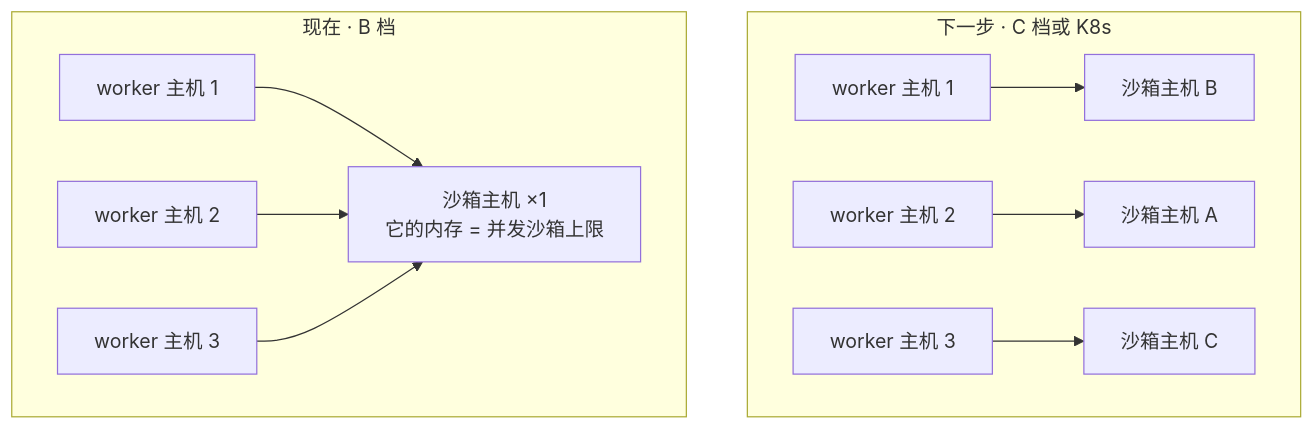
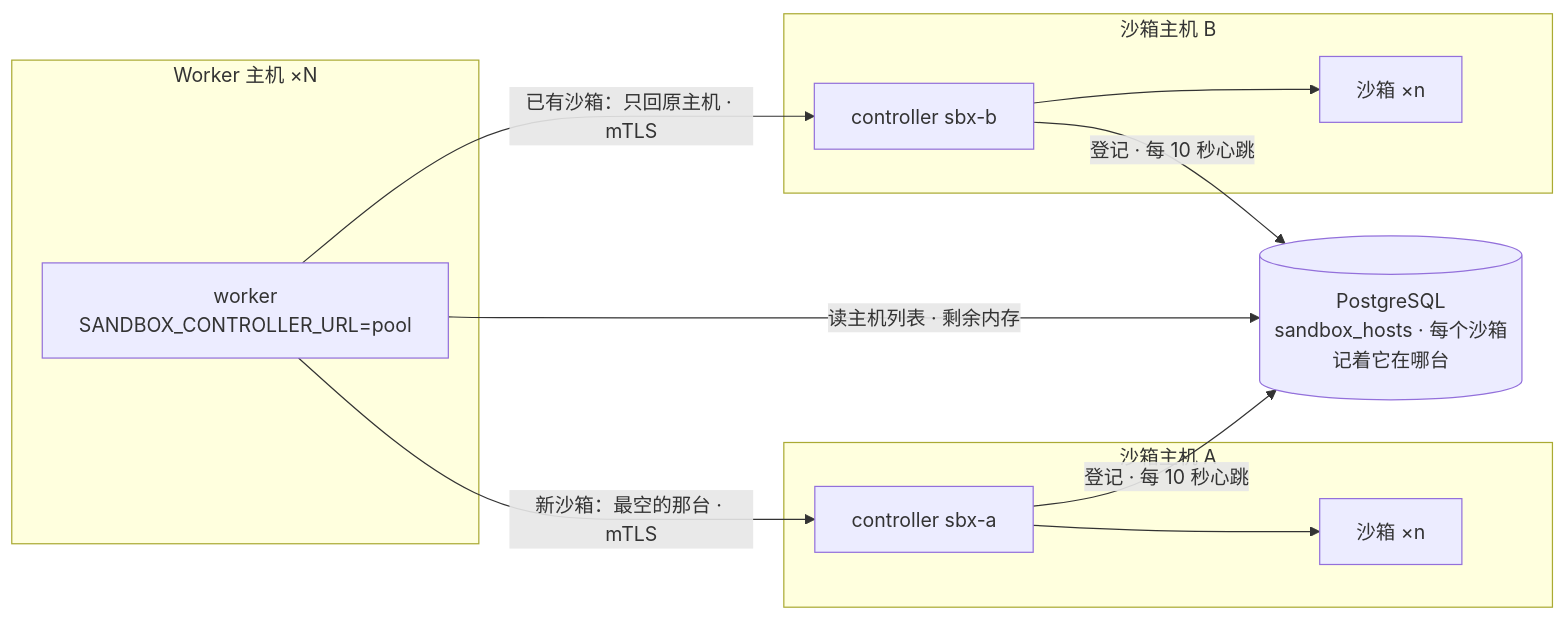
The second of 2 diagrams in docs/architecture.md (parkour-Cat/tiny-hermes), drawn with Mermaid before and after one commit. The commit also changed other lines of this file and 6 other files, not shown here.

Commit message:
docs: tier C acceptance on two simulated hosts, operations §16, the pool overlay, and the interview guide

````diff
--- a/docs/architecture.md
+++ b/docs/architecture.md
@@ -141,16 +141,18 @@
 ```mermaid
 flowchart LR
-  subgraph now[现在 · B 档]
-    direction LR
-    w1[worker 主机 1] --> sb[沙箱主机 ×1<br/>它的内存 = 并发沙箱上限]
-    w2[worker 主机 2] --> sb
-    w3[worker 主机 3] --> sb
+  subgraph workers[Worker 主机 ×N]
+    w[worker<br/>SANDBOX_CONTROLLER_URL=pool]
   end
-  subgraph next[下一步 · C 档或 K8s]
-    direction LR
-    v1[worker 主机 1] --> hb[沙箱主机 B]
-    v2[worker 主机 2] --> ha[沙箱主机 A]
-    v3[worker 主机 3] --> hc[沙箱主机 C]
+  pg[(PostgreSQL<br/>sandbox_hosts · 每个沙箱记着它在哪台)]
+  subgraph a[沙箱主机 A]
+    ca[controller sbx-a] --> sa[沙箱 ×n]
   end
-  now ~~~ next
+  subgraph b[沙箱主机 B]
+    cb[controller sbx-b] --> sbb[沙箱 ×n]
+  end
+  w -- 读主机列表 · 剩余内存 --> pg
+  ca -- 登记 · 每 10 秒心跳 --> pg
+  cb -- 登记 · 每 10 秒心跳 --> pg
+  w -- 新沙箱：最空的那台 · mTLS --> ca
+  w -- 已有沙箱：只回原主机 · mTLS --> cb
 ```
````
